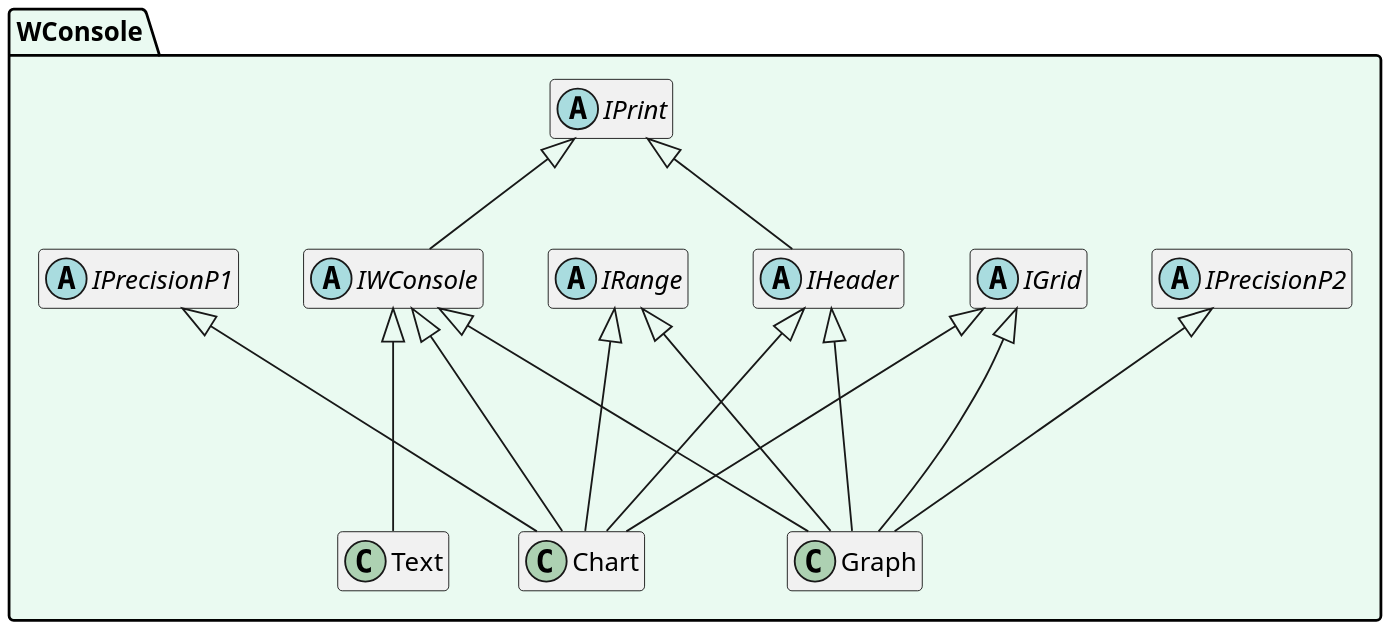
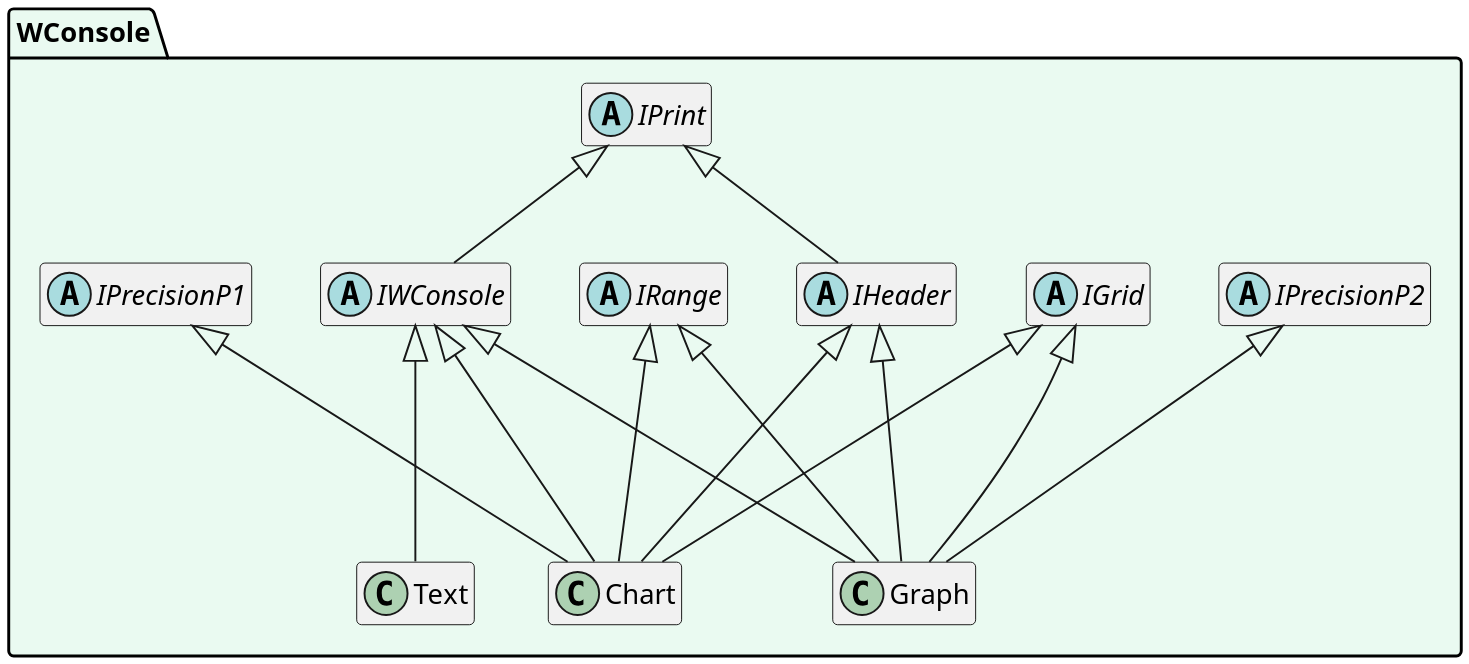
One commit to SergioStopkin/WideConsole changed the diagram in doc/UMLClass.md. Above: the diagram before and after it, drawn with PlantUML.

Commit message:
Test some styles

````diff
--- a/doc/UMLClass.md
+++ b/doc/UMLClass.md
@@ -1,41 +1,41 @@
 ```plantuml
 @startuml
 
-scale 1700 width
+scale 1800 width
 
 hide empty members
 
 namespace WConsole #EAFAF1 {
 
 abstract class IGrid
 abstract class IHeader
 abstract class IPrecisionP1
 abstract class IPrecisionP2
 abstract class IPrint
 abstract class IRange
 abstract class IWConsole
 class Chart
 class Graph
 class Text
 
 IPrint <|-- IHeader
 IPrint <|-- IWConsole
 
 IWConsole    <|--- Chart
 IHeader      <|--- Chart
 IPrecisionP1 <|---  Chart
 IRange       <|---  Chart
 IGrid        <|---  Chart
 
 IWConsole    <|--- Graph
 IHeader      <|--- Graph
 IPrecisionP2 <|---  Graph
 IRange       <|---  Graph
 IGrid        <|---  Graph
 
 IWConsole <|--- Text
 
 }
 
 @enduml
 ```
````
